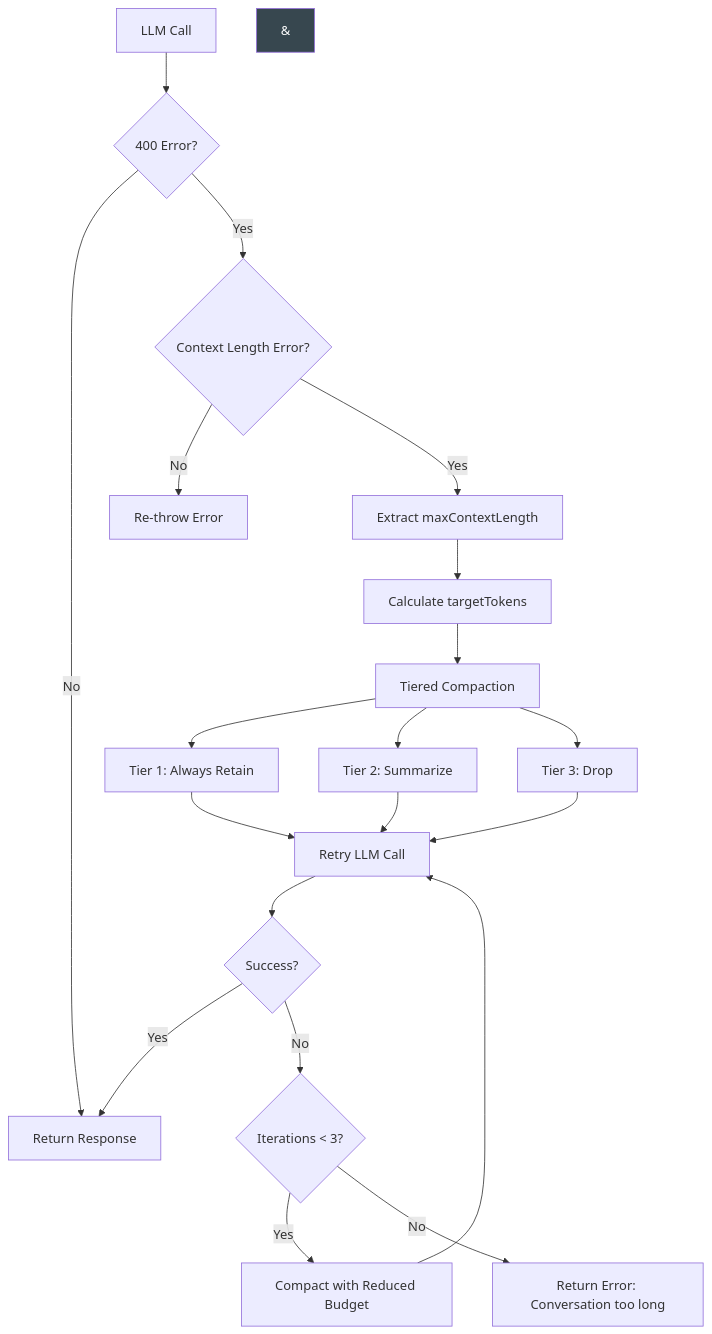
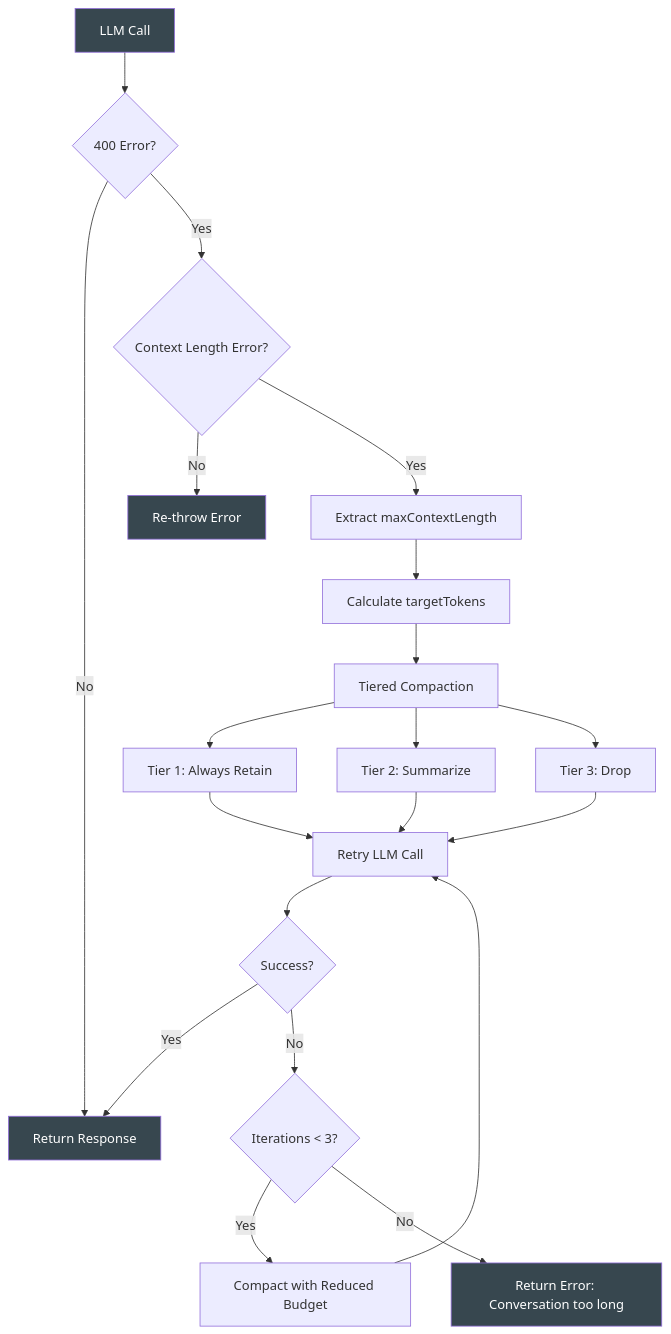
One commit to avoidwork/madz changed the fifth of 5 diagrams in docs/OVERVIEW.md. Above: the diagram before and after it, drawn with Mermaid. The commit also changed other lines of this file, not shown here.

Commit message:
docs: fix floating node IDs in Memory chart styles

````diff
--- a/docs/OVERVIEW.md
+++ b/docs/OVERVIEW.md
@@ -464,27 +464,27 @@
 ```mermaid
 flowchart TD
     A[LLM Call] --> B{400 Error?}
     B -->|No| C[Return Response]
     B -->|Yes| D{Context Length Error?}
     D -->|No| E[Re-throw Error]
     D -->|Yes| F[Extract maxContextLength]
     F --> G[Calculate targetTokens]
     G --> H[Tiered Compaction]
     H --> I[Tier 1: Always Retain]
     H --> J[Tier 2: Summarize]
     H --> K[Tier 3: Drop]
     I --> L[Retry LLM Call]
     J --> L
     K --> L
     L --> M{Success?}
     M -->|Yes| C
     M -->|No| N{Iterations < 3?}
     N -->|Yes| O[Compact with Reduced Budget]
     O --> L
     N -->|No| P[Return Error: Conversation too long]
 
-    style & fill:#37474f,color:#fff
-    style & fill:#37474f,color:#fff
-    style & fill:#37474f,color:#fff
-    style & fill:#37474f,color:#fff
+    style A fill:#37474f,color:#fff
+    style C fill:#37474f,color:#fff
+    style P fill:#37474f,color:#fff
+    style E fill:#37474f,color:#fff
 ```
````
